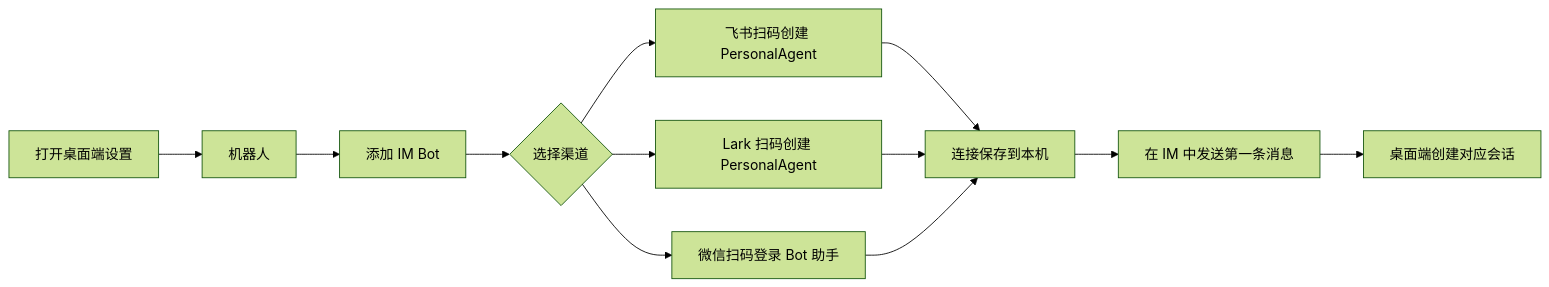
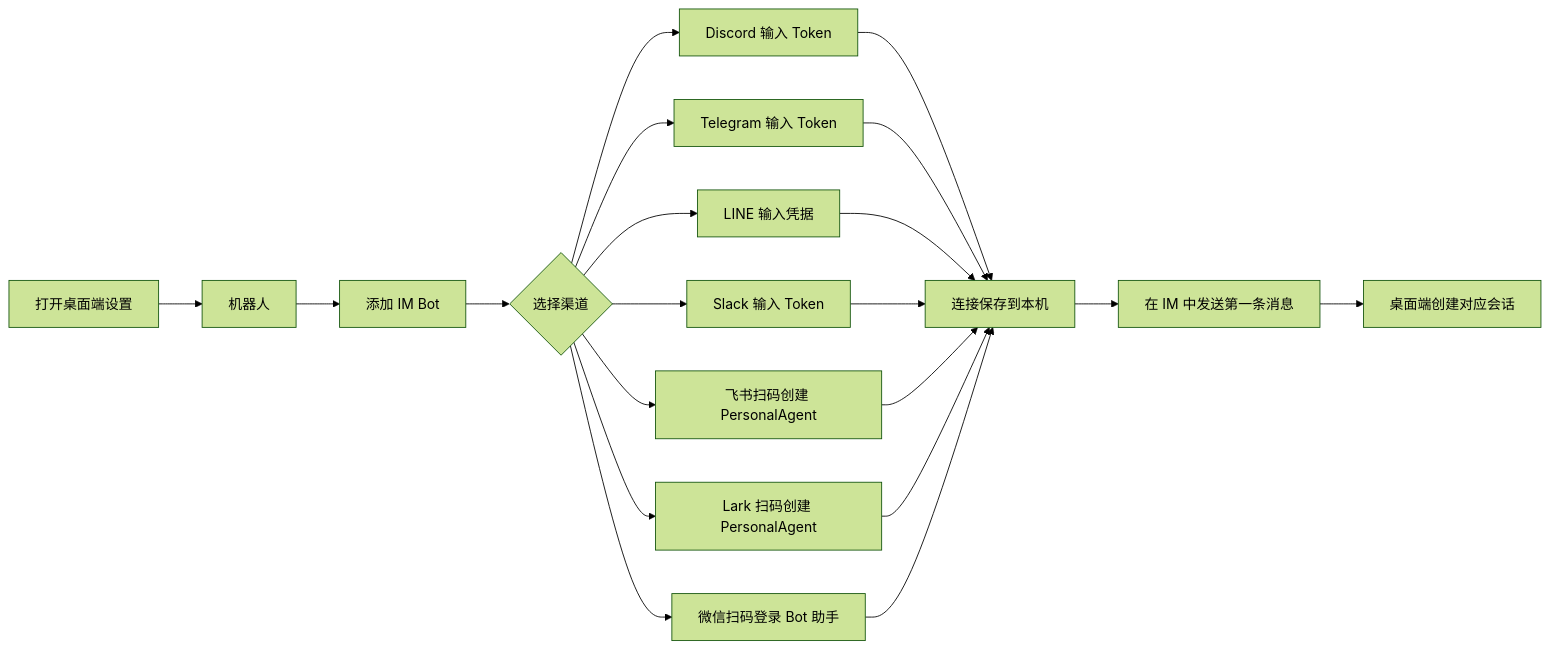
Before and after one commit to aliatx2017/reasonix-hermes: the first of 3 diagrams in docs/BOT_GUIDE.zh-CN.md, drawn with Mermaid (forest theme). The commit also changed other lines of this file and 1 other file, not shown here.

````diff
--- a/docs/BOT_GUIDE.zh-CN.md
+++ b/docs/BOT_GUIDE.zh-CN.md
@@ -42,14 +42,22 @@
 ```mermaid
 flowchart LR
   A["打开桌面端设置"] --> B["机器人"]
   B --> C["添加 IM Bot"]
   C --> D{"选择渠道"}
+  D --> D1["Discord 输入 Token"]
+  D --> D2["Telegram 输入 Token"]
+  D --> D3["LINE 输入凭据"]
+  D --> D4["Slack 输入 Token"]
   D --> E["飞书扫码创建 PersonalAgent"]
   D --> F["Lark 扫码创建 PersonalAgent"]
   D --> G["微信扫码登录 Bot 助手"]
-  E --> H["连接保存到本机"]
+  D1 --> H["连接保存到本机"]
+  D2 --> H
+  D3 --> H
+  D4 --> H
+  E --> H
   F --> H
   G --> H
   H --> I["在 IM 中发送第一条消息"]
   I --> J["桌面端创建对应会话"]
 ```
````
